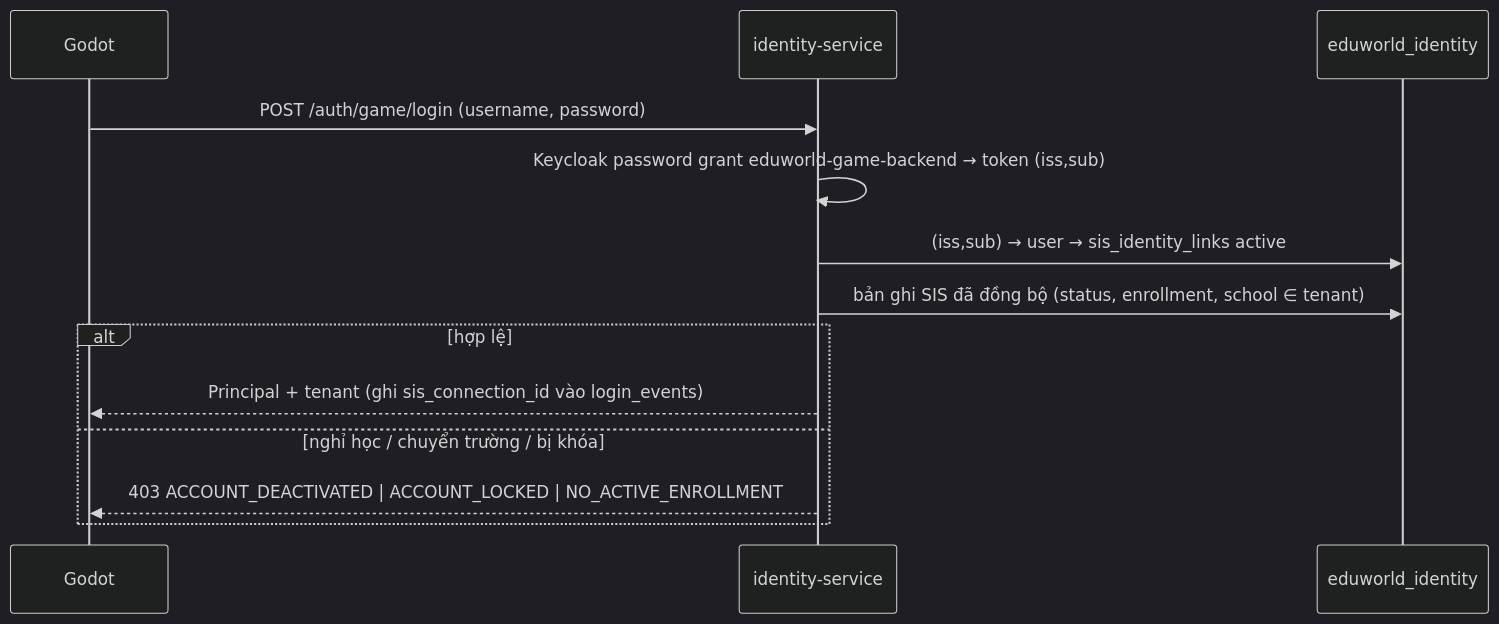
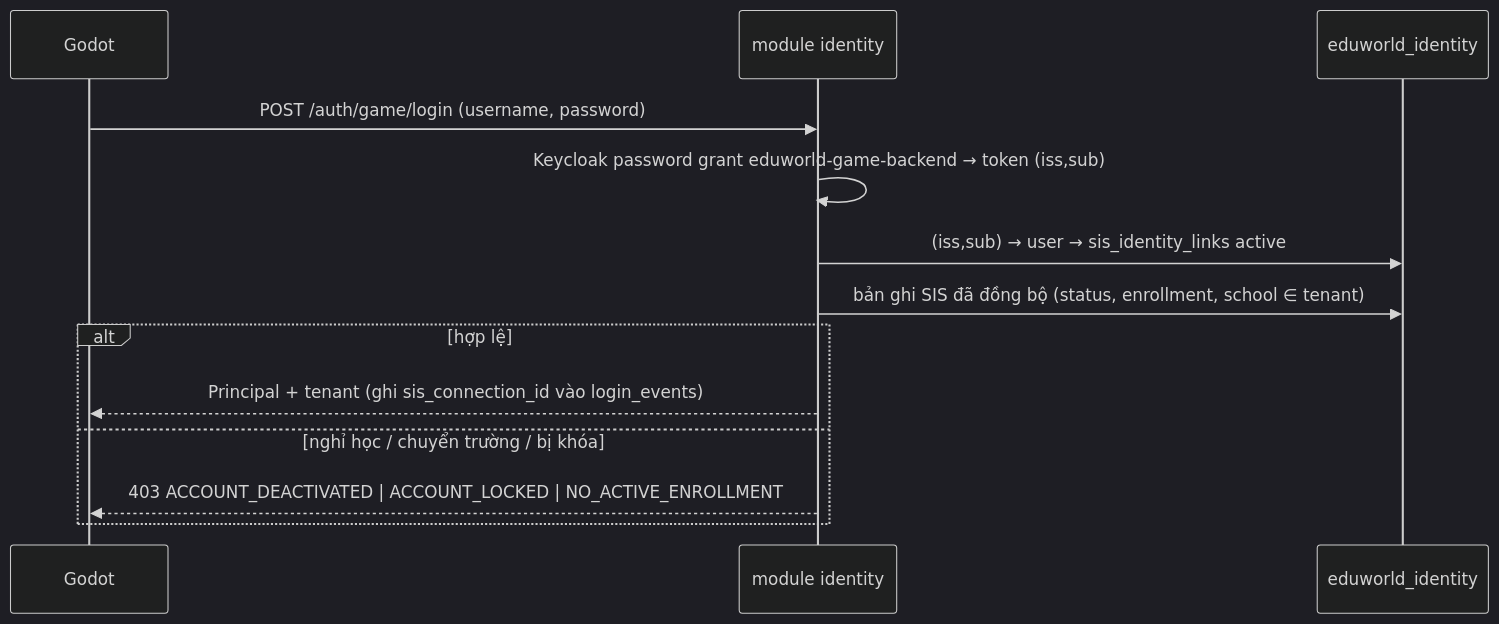
One commit to tanguyen2020/eduworld-platform changed the second of 5 diagrams in docs/09-identity/IDENTITY_MAPPING.md. Above: the diagram before and after it, drawn with Mermaid (dark theme). The commit also changed other lines of this file and 922 other files, not shown here.

````diff
--- a/docs/09-identity/IDENTITY_MAPPING.md
+++ b/docs/09-identity/IDENTITY_MAPPING.md
@@ -183,15 +184,15 @@
 ```mermaid
 sequenceDiagram
   participant C as Godot
-  participant IDS as identity-service
+  participant IDS as module identity
   participant DB as eduworld_identity
   C->>IDS: POST /auth/game/login (username, password)
   IDS->>IDS: Keycloak password grant eduworld-game-backend → token (iss,sub)
   IDS->>DB: (iss,sub) → user → sis_identity_links active
   IDS->>DB: bản ghi SIS đã đồng bộ (status, enrollment, school ∈ tenant)
   alt hợp lệ
     IDS-->>C: Principal + tenant (ghi sis_connection_id vào login_events)
   else nghỉ học / chuyển trường / bị khóa
     IDS-->>C: 403 ACCOUNT_DEACTIVATED | ACCOUNT_LOCKED | NO_ACTIVE_ENROLLMENT
   end
 ```
````
